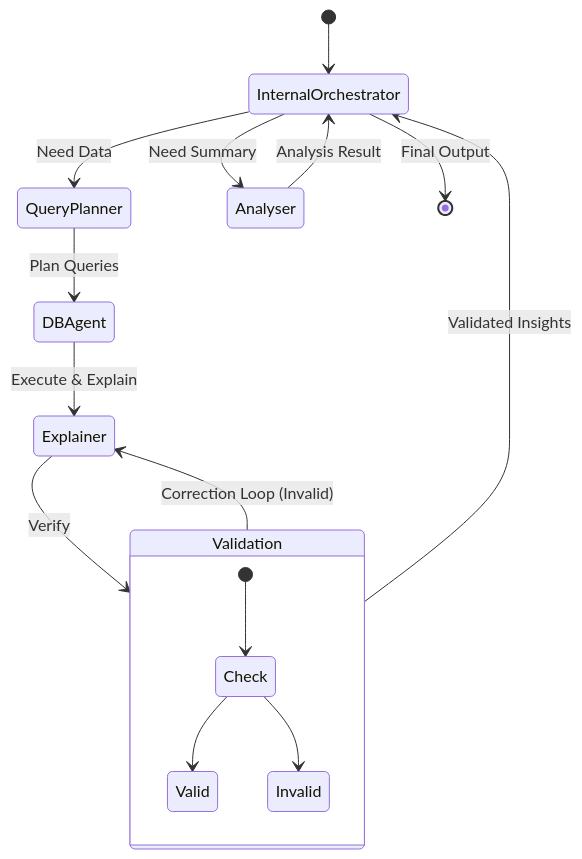
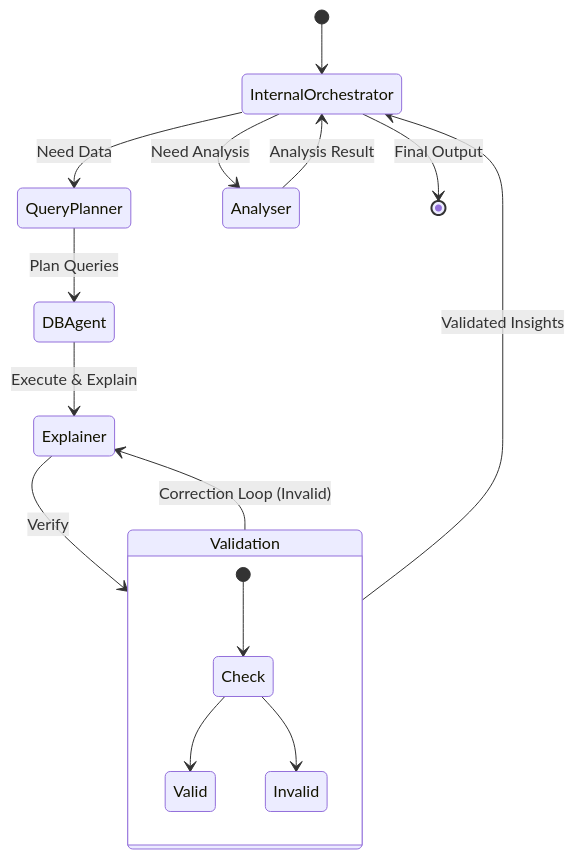
Before and after one commit to Apo-Eclipse/Grad: the third of 4 diagrams in COMPREHENSIVE_DOCUMENTATION.md, drawn with Mermaid. The commit also changed other lines of this file and 3 other files, not shown here.

````diff
--- a/COMPREHENSIVE_DOCUMENTATION.md
+++ b/COMPREHENSIVE_DOCUMENTATION.md
@@ -108,23 +110,23 @@
 ```mermaid
 stateDiagram-v2
     [*] --> InternalOrchestrator
     
     InternalOrchestrator --> QueryPlanner: Need Data
-    InternalOrchestrator --> Analyser: Need Summary
+    InternalOrchestrator --> Analyser: Need Analysis
     
     QueryPlanner --> DBAgent: Plan Queries
     DBAgent --> Explainer: Execute & Explain
     Explainer --> Validation: Verify
     
     state Validation {
         [*] --> Check
         Check --> Valid
         Check --> Invalid
     }
     
     Validation --> Explainer: Correction Loop (Invalid)
     Validation --> InternalOrchestrator: Validated Insights
     Analyser --> InternalOrchestrator: Analysis Result
     
     InternalOrchestrator --> [*]: Final Output
 ```
````
